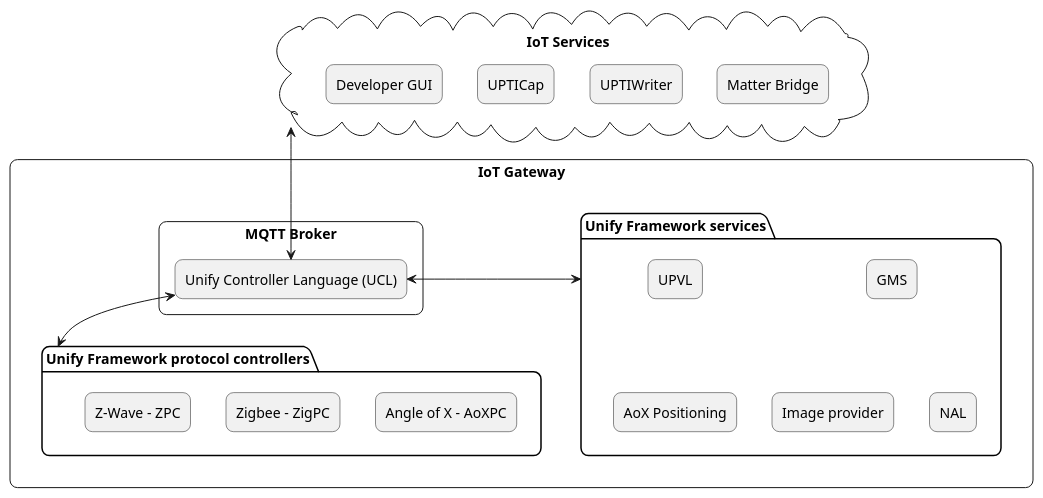
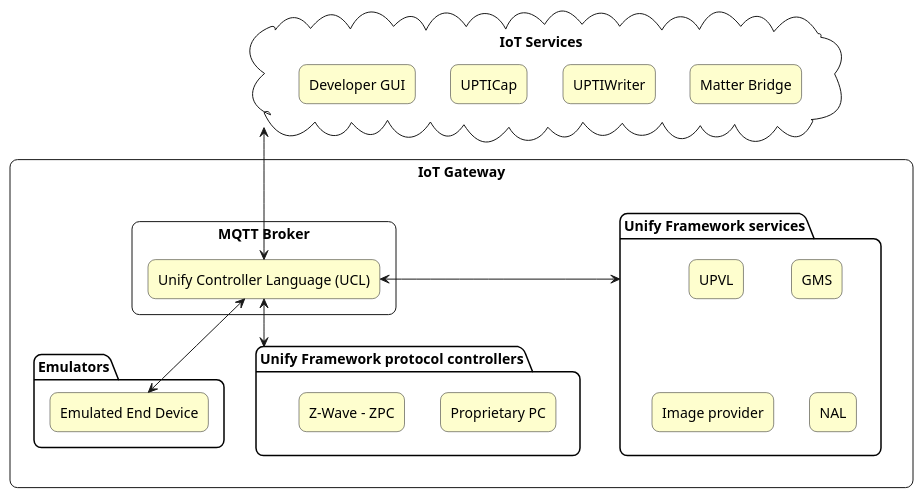
The diagram in doc/assets/img/SDKOverview.puml (SiliconLabs/UnifySDK), drawn with PlantUML before and after one commit. The commit also changed 15717 other files, not shown here.

```diff
--- a/doc/assets/img/SDKOverview.puml
+++ b/doc/assets/img/SDKOverview.puml
@@ -1,56 +1,60 @@
 @startuml SDKOverview
 
 skinparam roundCorner 15
 
 top to bottom direction
 
 cloud "IoT Services" as IOTService {
-    rectangle "Developer GUI" as DEVGUI 
-    rectangle "UPTICap" as UPTICAP
-    rectangle "UPTIWriter" as UPTIWRITER
-    rectangle "Matter Bridge" as UMB
+    rectangle "Developer GUI" as DEVGUI #FEFECE
+    rectangle "UPTICap" as UPTICAP #FEFECE
+    rectangle "UPTIWriter" as UPTIWRITER #FEFECE
+    rectangle "Matter Bridge" as UMB #FEFECE
 
     DEVGUI -[hidden]r->UPTICAP
     UPTICAP -[hidden]r->UPTIWRITER 
     UPTIWRITER -[hidden]r->UMB
 }
 
 rectangle "IoT Gateway" {
 
     package "Unify Framework services" as services {
-        rectangle "NAL" as NAL
-        rectangle "UPVL" as UPVL
-        rectangle "Image provider" as IMP
-        rectangle "GMS" as GMS
-        rectangle "AoX Positioning" as positioning
+        rectangle "NAL" as NAL #FEFECE
+        rectangle "UPVL" as UPVL #FEFECE
+        rectangle "Image provider" as IMP #FEFECE
+        rectangle "GMS" as GMS #FEFECE
     }
 
     rectangle "MQTT Broker" as Broker {
-        rectangle "Unify Controller Language (UCL)" as ABLayer
+        rectangle "Unify Controller Language (UCL)" as ABLayer #FEFECE
     }
 
     ABLayer <-> services
 
     GMS -[hidden]r-> IMP
     IMP -[hidden]r-> NAL
     NAL -[hidden]d-> GMS
-    UPVL -[hidden]d-> positioning
 
     package "Unify Framework protocol controllers" as PCS {
-        rectangle "Z-Wave - ZPC" as ZPC
-        rectangle "Zigbee - ZigPC" as ZIGPC
-        rectangle "Angle of X - AoXPC" as AOX
+        rectangle "Z-Wave - ZPC" as ZPC #FEFECE
+        rectangle "Proprietary PC" as ProprietaryPC #FEFECE
+    }
+
+    package "Emulators" as Emulators {
+        rectangle "Emulated End Device" as EED #FEFECE
     }
 }
 
-ZPC -[hidden]r-> ZIGPC
-ZIGPC -[hidden]r-> AOX
+ZPC -[hidden]r-> ProprietaryPC
+EED -[hidden]r-> PCS
 
-' Relation between Protocol controllers and MQTT abstration layer
+' Relation between EED and MQTT abstraction layer
+ABLayer <-d-> EED
+
+' Relation between Protocol controllers and MQTT abstraction layer
 ABLayer <-d-> PCS
 
 ' IoT Services relation to the rest
 IOTService <-d-> ABLayer
 
 
 @enduml
```
